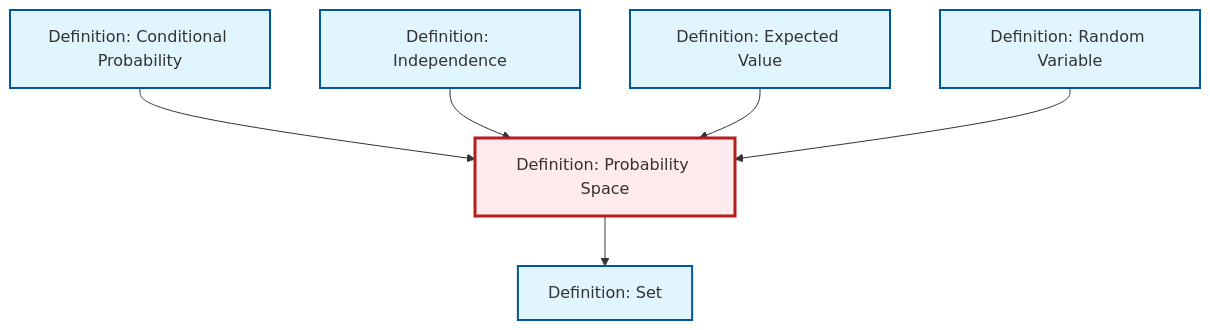
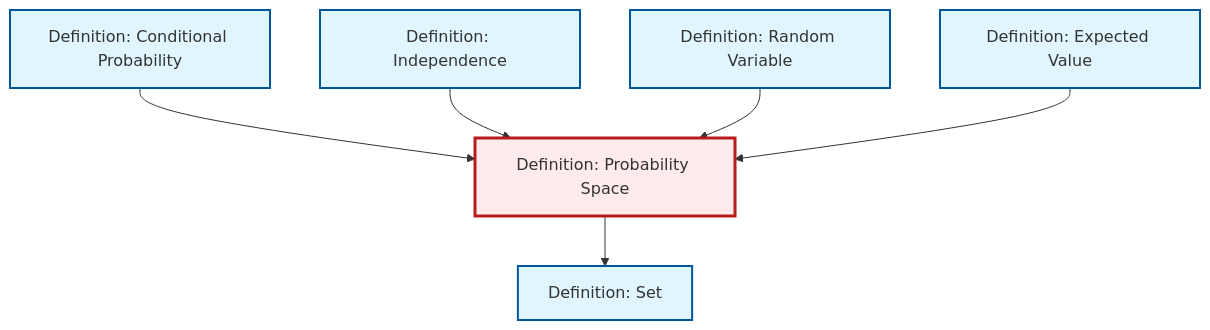
Before and after one commit to RK0429/ModernMath: the diagram in content/en/probability-statistics/def-probability-space.qmd, drawn with Mermaid. The commit also changed other lines of this file and 531 other files, not shown here.

````diff
--- a/content/en/probability-statistics/def-probability-space.qmd
+++ b/content/en/probability-statistics/def-probability-space.qmd
@@ -46,26 +46,26 @@
 ```{mermaid}
 %%| fig-cap: "Local dependency graph"
 graph TD
     classDef definition fill:#e1f5fe,stroke:#01579b,stroke-width:2px
     classDef theorem fill:#f3e5f5,stroke:#4a148c,stroke-width:2px
     classDef axiom fill:#fff3e0,stroke:#e65100,stroke-width:2px
     classDef example fill:#e8f5e9,stroke:#1b5e20,stroke-width:2px
     classDef current fill:#ffebee,stroke:#b71c1c,stroke-width:3px
+    def-set["Definition: Set"]:::definition
+    def-expectation["Definition: Expected Value"]:::definition
     def-random-variable["Definition: Random Variable"]:::definition
+    def-probability-space["Definition: Probability Space"]:::definition
     def-conditional-probability["Definition: Conditional Probability"]:::definition
-    def-expectation["Definition: Expected Value"]:::definition
-    def-set["Definition: Set"]:::definition
     def-independence["Definition: Independence"]:::definition
-    def-probability-space["Definition: Probability Space"]:::definition
     def-conditional-probability --> def-probability-space
+    def-probability-space --> def-set
     def-independence --> def-probability-space
+    def-random-variable --> def-probability-space
     def-expectation --> def-probability-space
-    def-probability-space --> def-set
-    def-random-variable --> def-probability-space
     class def-probability-space current
+    click def-set "def-set.html" "Go to Set definition"
+    click def-expectation "def-expectation.html" "Go to Expected Value definition"
     click def-random-variable "def-random-variable.html" "Go to Random Variable definition"
     click def-conditional-probability "def-conditional-probability.html" "Go to Conditional Probability definition"
-    click def-expectation "def-expectation.html" "Go to Expected Value definition"
-    click def-set "def-set.html" "Go to Set definition"
     click def-independence "def-independence.html" "Go to Independence definition"
 ```
````
